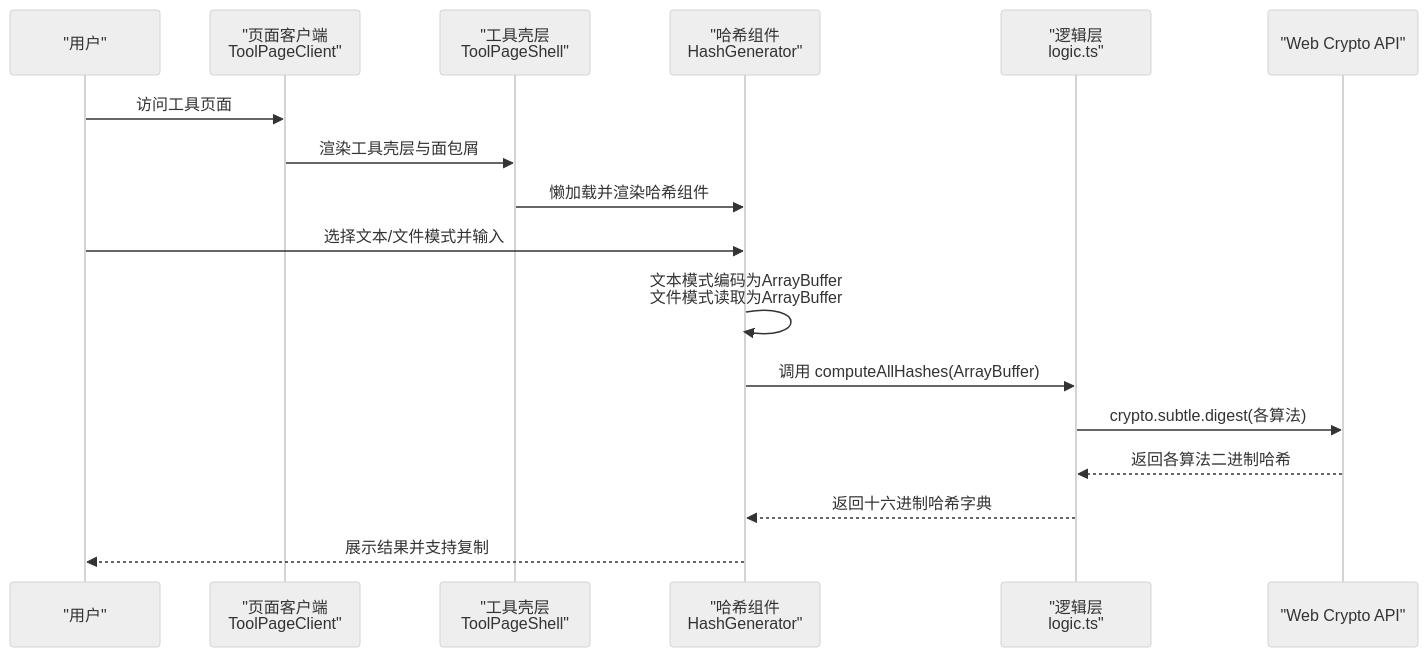
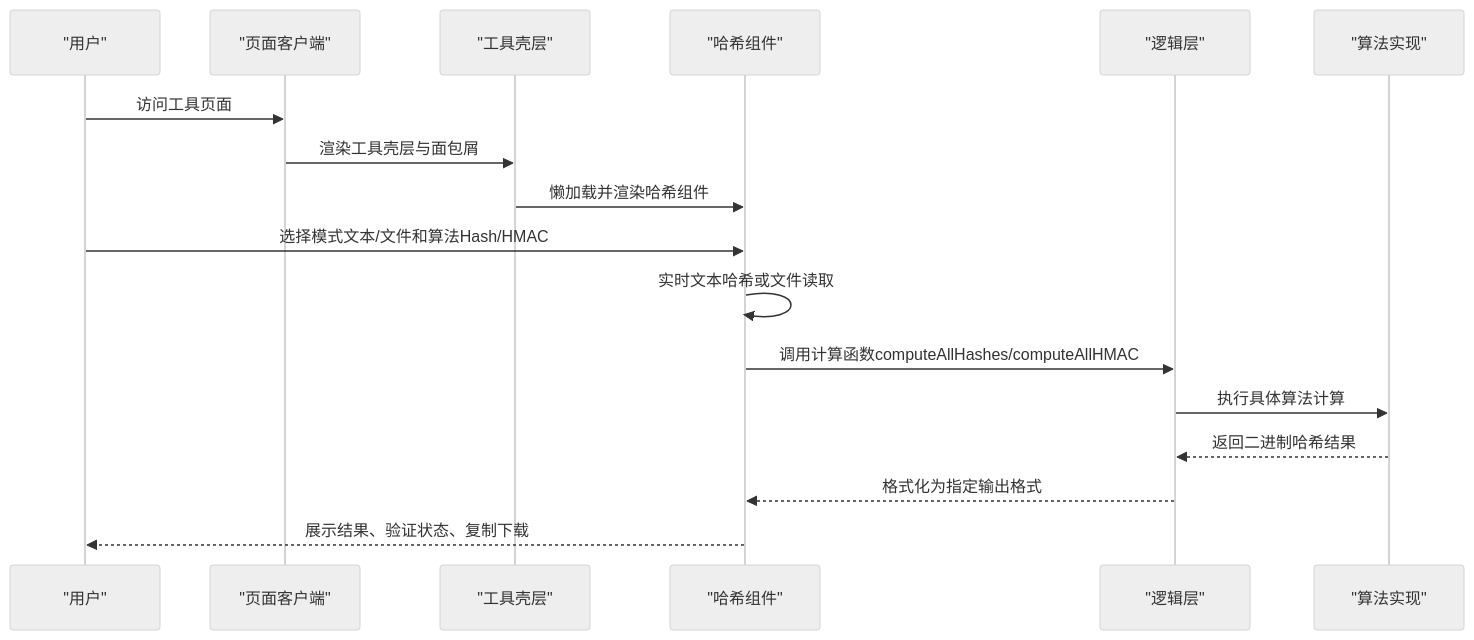
One commit to sgyy/privadeck changed the second of 9 diagrams in .qoder/repowiki/zh/content/开发者工具/哈希生成工具.md. Above: the diagram before and after it, drawn with Mermaid (neutral theme). The commit also changed other lines of this file and 4 other files, not shown here.

````diff
--- a/.qoder/repowiki/zh/content/开发者工具/哈希生成工具.md
+++ b/.qoder/repowiki/zh/content/开发者工具/哈希生成工具.md
@@ -93,19 +125,19 @@
 ```mermaid
 sequenceDiagram
 participant 用户 as "用户"
-participant 页面 as "页面客户端<br/>ToolPageClient"
-participant 壳层 as "工具壳层<br/>ToolPageShell"
-participant 组件 as "哈希组件<br/>HashGenerator"
-participant 逻辑 as "逻辑层<br/>logic.ts"
-participant 浏览器 as "Web Crypto API"
+participant 页面 as "页面客户端"
+participant 壳层 as "工具壳层"
+participant 组件 as "哈希组件"
+participant 逻辑 as "逻辑层"
+participant 算法 as "算法实现"
 用户->>页面 : 访问工具页面
 页面->>壳层 : 渲染工具壳层与面包屑
 壳层->>组件 : 懒加载并渲染哈希组件
-用户->>组件 : 选择文本/文件模式并输入
-组件->>组件 : 文本模式编码为ArrayBuffer<br/>文件模式读取为ArrayBuffer
-组件->>逻辑 : 调用 computeAllHashes(ArrayBuffer)
-逻辑->>浏览器 : crypto.subtle.digest(各算法)
-浏览器-->>逻辑 : 返回各算法二进制哈希
-逻辑-->>组件 : 返回十六进制哈希字典
-组件-->>用户 : 展示结果并支持复制
+用户->>组件 : 选择模式文本/文件和算法Hash/HMAC
+组件->>组件 : 实时文本哈希或文件读取
+组件->>逻辑 : 调用计算函数computeAllHashes/computeAllHMAC
+逻辑->>算法 : 执行具体算法计算
+算法-->>逻辑 : 返回二进制哈希结果
+逻辑-->>组件 : 格式化为指定输出格式
+组件-->>用户 : 展示结果、验证状态、复制下载
 ```
````
